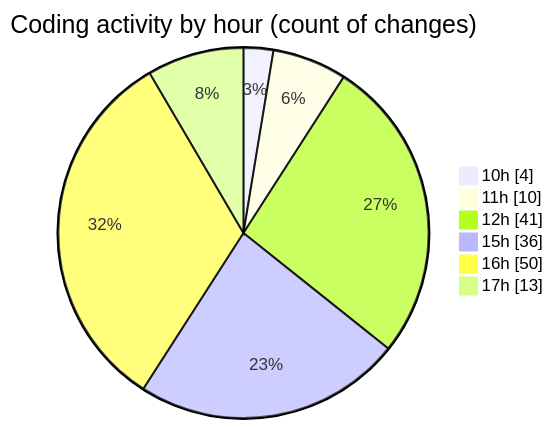
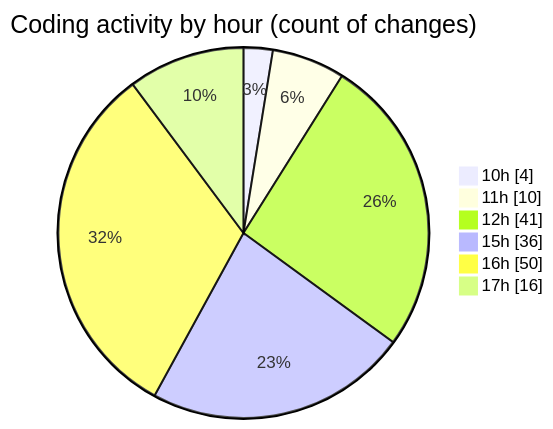
One commit to nxtqubesakshisongat/code-tracking changed the second of 2 diagrams in 2026-03-05/nxtqube_webapp/README.md. Above: the diagram before and after it, drawn with Mermaid. The commit also changed other lines of this file and 1 other file, not shown here.

````diff
--- a/2026-03-05/nxtqube_webapp/README.md
+++ b/2026-03-05/nxtqube_webapp/README.md
@@ -41,10 +43,10 @@
 ```mermaid
 pie showData
 title Coding activity by hour (count of changes)
 "10h" : 4
 "11h" : 10
 "12h" : 41
 "15h" : 36
 "16h" : 50
-"17h" : 13
+"17h" : 16
 ```
````
